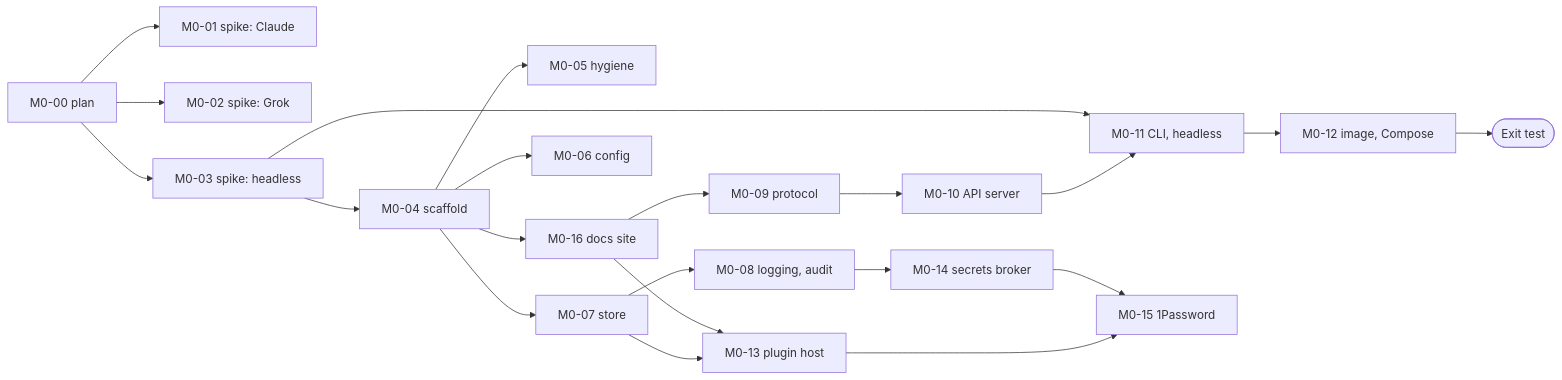
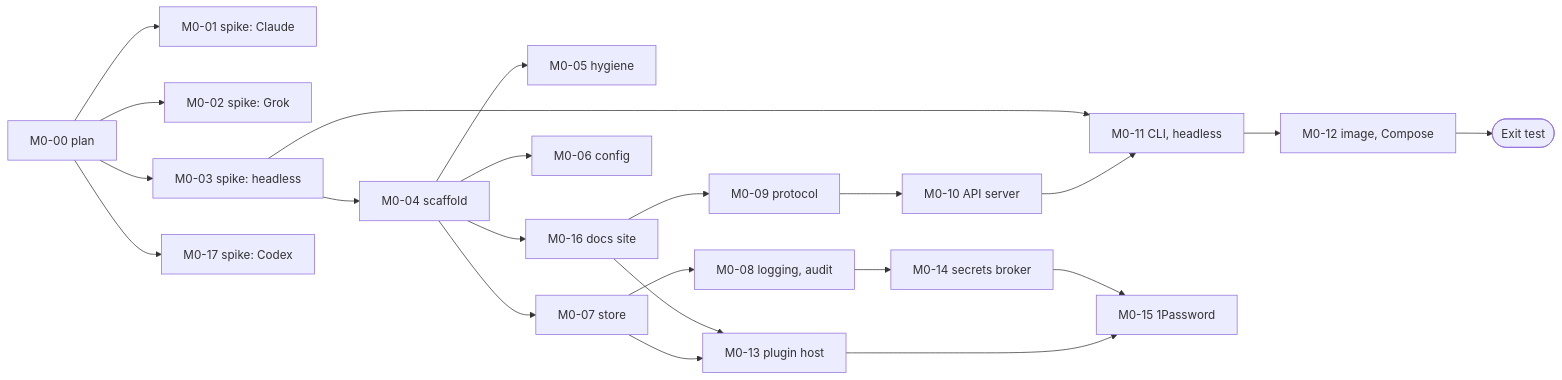
Before and after one commit to jcore9/Aphelion: the diagram in docs/plan/milestones/M0-foundations.md, drawn with Mermaid. The commit also changed other lines of this file and 2 other files, not shown here.

First line of the commit message:
docs: Codex CLI as a third agent CLI (decision 0024) (#115)

````diff
--- a/docs/plan/milestones/M0-foundations.md
+++ b/docs/plan/milestones/M0-foundations.md
@@ -53,23 +54,24 @@
 ```mermaid
 flowchart LR
   m00["M0-00 plan"] --> s1["M0-01 spike: Claude"]
   m00 --> s2["M0-02 spike: Grok"]
   m00 --> s3["M0-03 spike: headless"]
+  m00 --> s4["M0-17 spike: Codex"]
   s3 --> m04["M0-04 scaffold"]
   m04 --> m05["M0-05 hygiene"]
   m04 --> m16["M0-16 docs site"]
   m04 --> m06["M0-06 config"]
   m04 --> m07["M0-07 store"]
   m07 --> m08["M0-08 logging, audit"]
   m16 --> m09["M0-09 protocol"]
   m09 --> m10["M0-10 API server"]
   m10 --> m11["M0-11 CLI, headless"]
   s3 --> m11
   m11 --> m12["M0-12 image, Compose"]
   m07 --> m13["M0-13 plugin host"]
   m16 --> m13
   m08 --> m14["M0-14 secrets broker"]
   m13 --> m15["M0-15 1Password"]
   m14 --> m15
   m12 --> exit(["Exit test"])
 ```
````
